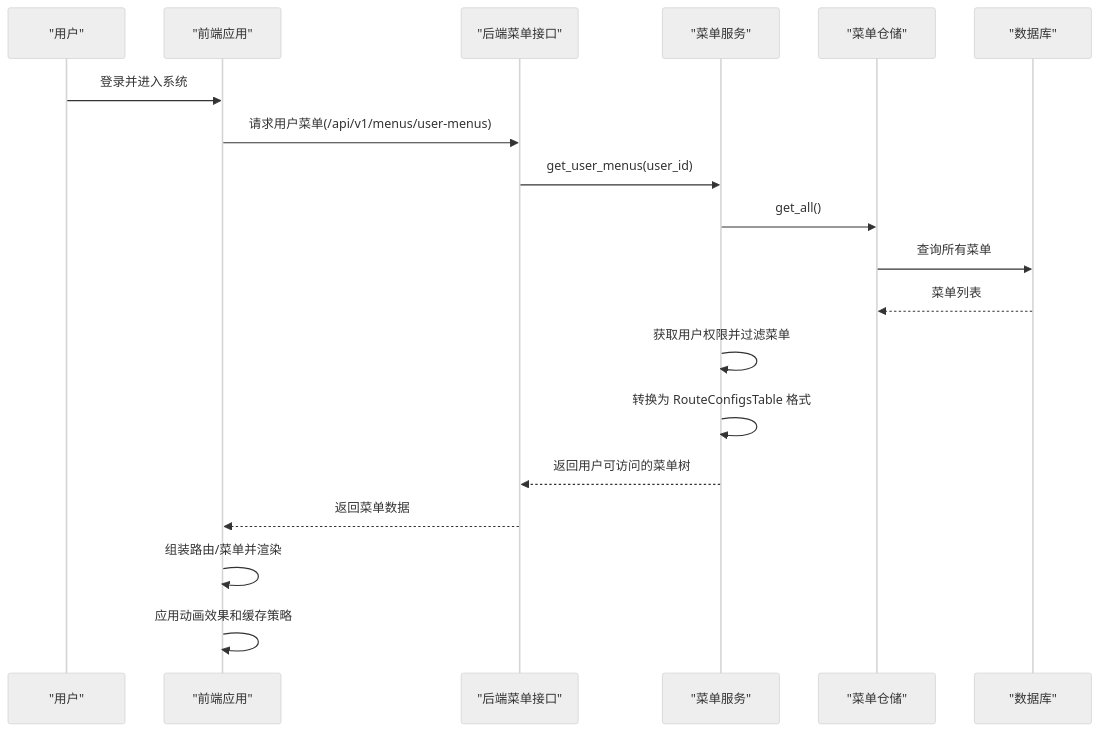
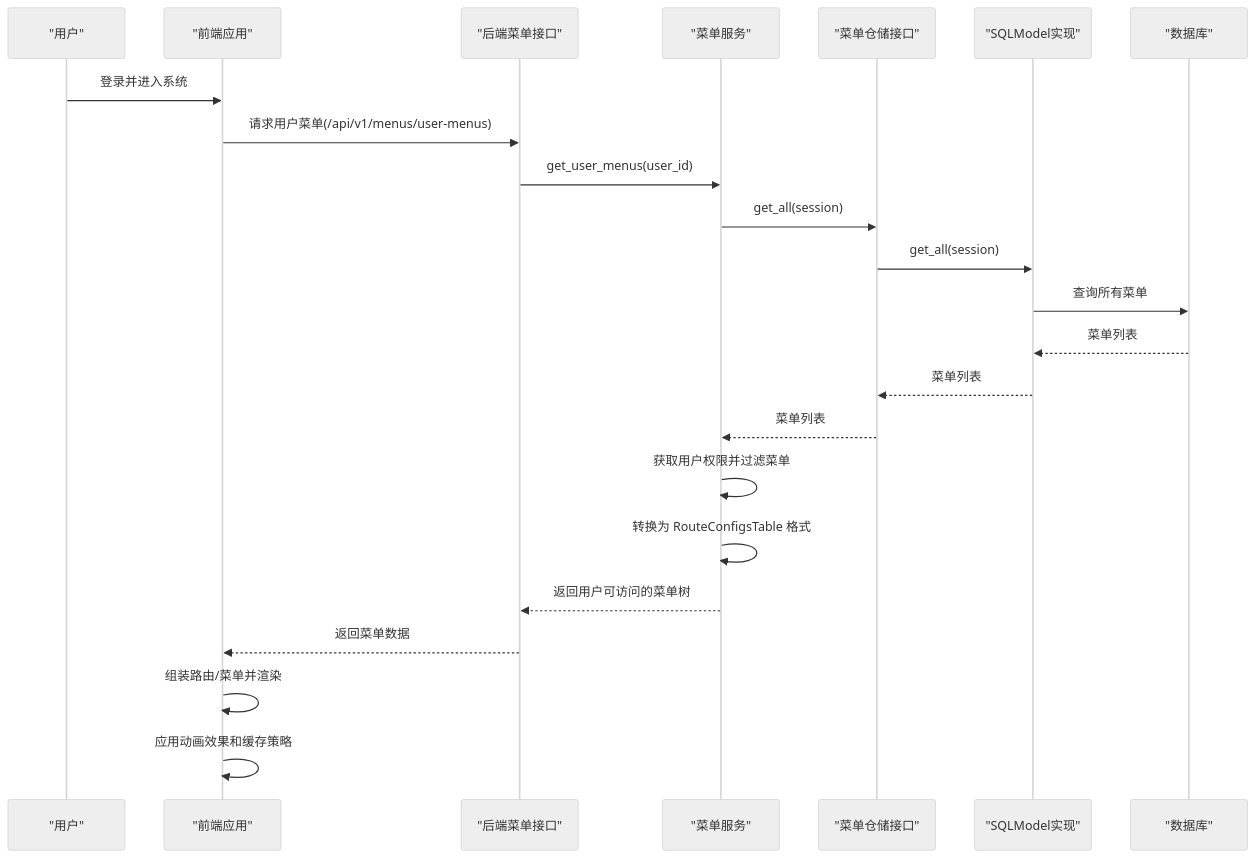
One commit to taoweidong/Hello-FastApi changed the second of 10 diagrams in .qoder/repowiki/zh/content/项目概述/核心特性/动态菜单生成.md. Above: the diagram before and after it, drawn with Mermaid (neutral theme). The commit also changed other lines of this file and 18 other files, not shown here.

````diff
--- a/.qoder/repowiki/zh/content/项目概述/核心特性/动态菜单生成.md
+++ b/.qoder/repowiki/zh/content/项目概述/核心特性/动态菜单生成.md
@@ -133,21 +153,25 @@
 ```mermaid
 sequenceDiagram
 participant U as "用户"
 participant FE as "前端应用"
 participant API as "后端菜单接口"
 participant SVC as "菜单服务"
-participant REPO as "菜单仓储"
+participant REPO as "菜单仓储接口"
+participant IMPL as "SQLModel实现"
 participant DB as "数据库"
 U->>FE : 登录并进入系统
 FE->>API : 请求用户菜单(/api/v1/menus/user-menus)
 API->>SVC : get_user_menus(user_id)
-SVC->>REPO : get_all()
-REPO->>DB : 查询所有菜单
-DB-->>REPO : 菜单列表
+SVC->>REPO : get_all(session)
+REPO->>IMPL : get_all(session)
+IMPL->>DB : 查询所有菜单
+DB-->>IMPL : 菜单列表
+IMPL-->>REPO : 菜单列表
+REPO-->>SVC : 菜单列表
 SVC->>SVC : 获取用户权限并过滤菜单
 SVC->>SVC : 转换为 RouteConfigsTable 格式
 SVC-->>API : 返回用户可访问的菜单树
 API-->>FE : 返回菜单数据
 FE->>FE : 组装路由/菜单并渲染
 FE->>FE : 应用动画效果和缓存策略
 ```
````
